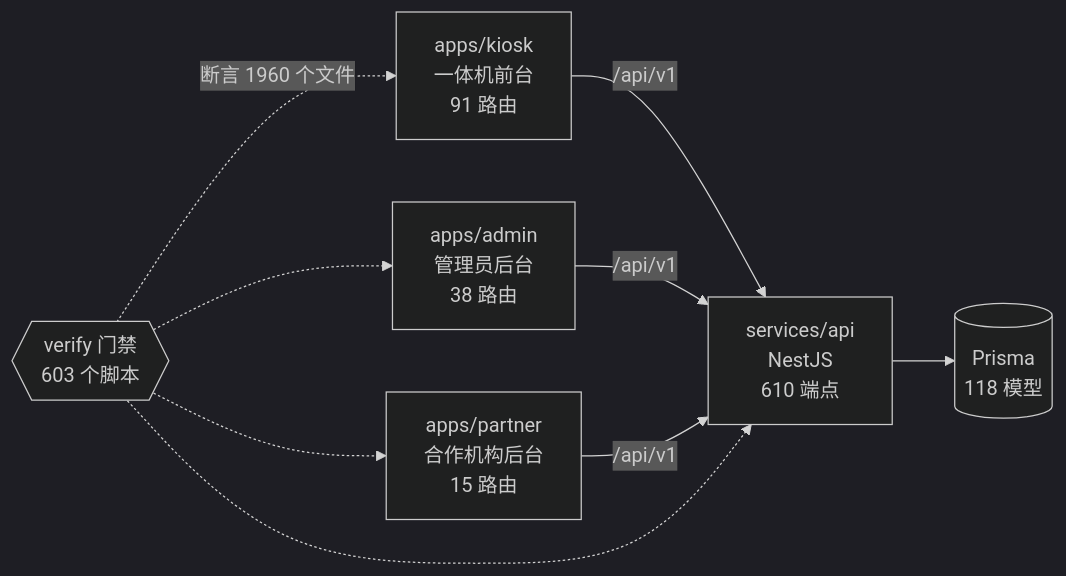
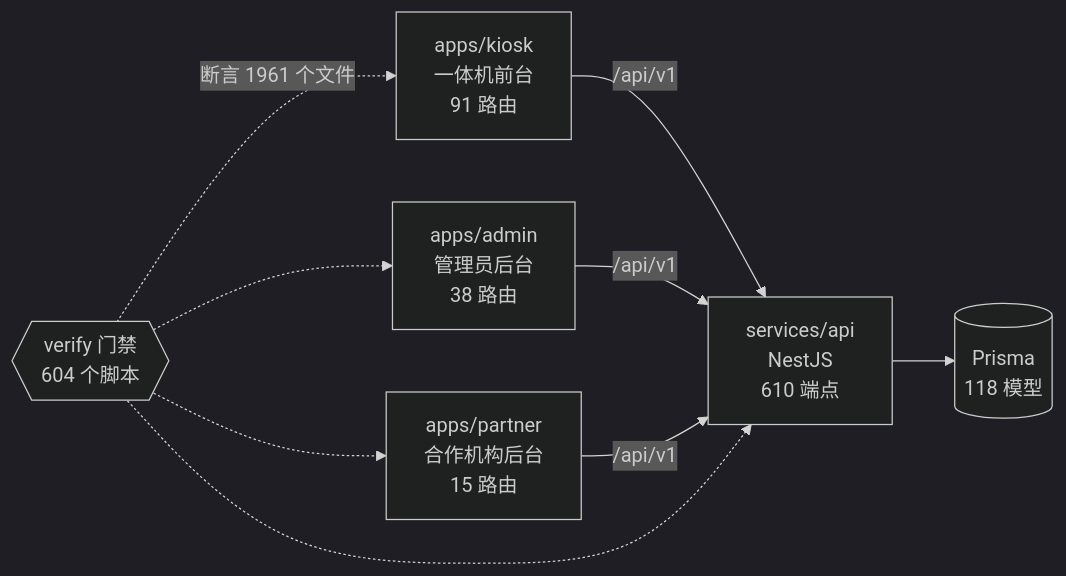
Before and after one commit to wanglei581/YITIJI: the diagram in docs/graph/README.md, drawn with Mermaid (dark theme). The commit also changed other lines of this file and 4 other files, not shown here.

Commit message:
docs：记屏上扫描后端 B6，并更新项目图谱

````diff
--- a/docs/graph/README.md
+++ b/docs/graph/README.md
@@ -68,18 +68,18 @@
 ```mermaid
 flowchart LR
   kiosk["apps/kiosk<br/>一体机前台<br/>91 路由"]
   admin["apps/admin<br/>管理员后台<br/>38 路由"]
   partner["apps/partner<br/>合作机构后台<br/>15 路由"]
   api["services/api<br/>NestJS<br/>610 端点"]
   db[("Prisma<br/>118 模型")]
-  gates{{"verify 门禁<br/>603 个脚本"}}
+  gates{{"verify 门禁<br/>604 个脚本"}}
 
   kiosk -->|"/api/v1"| api
   admin -->|"/api/v1"| api
   partner -->|"/api/v1"| api
   api --> db
-  gates -.->|"断言 1960 个文件"| kiosk
+  gates -.->|"断言 1961 个文件"| kiosk
   gates -.-> admin
   gates -.-> partner
   gates -.-> api
 ```
````
